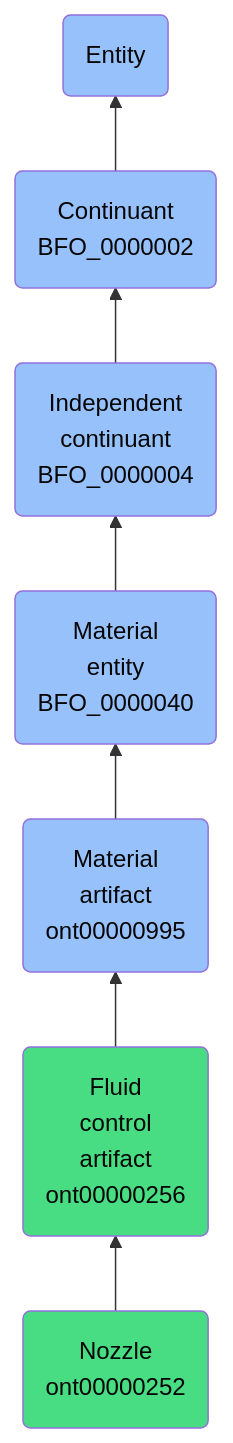
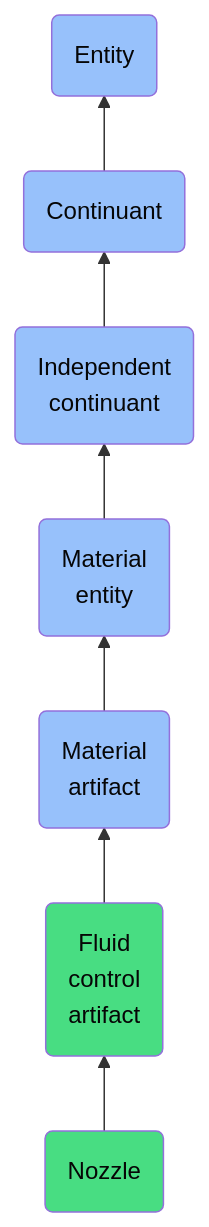
Before and after one commit to jupyter-naas/abi: the diagram in docs/ontology/reference/model/Entity/Continuant/Independent continuant/Material entity/Material artifact/Fluid control artifact/Nozzle/Nozzle.md, drawn with Mermaid. The commit also changed other lines of this file and 1430 other files, not shown here.

````diff
--- a/docs/ontology/reference/model/Entity/Continuant/Independent continuant/Material entity/Material artifact/Fluid control artifact/Nozzle/Nozzle.md
+++ b/docs/ontology/reference/model/Entity/Continuant/Independent continuant/Material entity/Material artifact/Fluid control artifact/Nozzle/Nozzle.md
@@ -24,14 +24,14 @@
 ```mermaid
 graph BT
-    ont00000252(Nozzle<br>ont00000252):::ABI-->ont00000256
-    ont00000256(Fluid<br>control<br>artifact<br>ont00000256):::ABI-->ont00000995
-    ont00000995(Material<br>artifact<br>ont00000995):::BFO-->BFO_0000040
-    BFO_0000040(Material<br>entity<br>BFO_0000040):::BFO-->BFO_0000004
-    BFO_0000004(Independent<br>continuant<br>BFO_0000004):::BFO-->BFO_0000002
-    BFO_0000002(Continuant<br>BFO_0000002):::BFO-->BFO_0000001
+    ont00000252(Nozzle):::ABI-->ont00000256
+    ont00000256(Fluid<br>control<br>artifact):::ABI-->ont00000995
+    ont00000995(Material<br>artifact):::BFO-->BFO_0000040
+    BFO_0000040(Material<br>entity):::BFO-->BFO_0000004
+    BFO_0000004(Independent<br>continuant):::BFO-->BFO_0000002
+    BFO_0000002(Continuant):::BFO-->BFO_0000001
     BFO_0000001(Entity):::BFO
     
     classDef BFO fill:#97c1fb,color:#060606
     classDef CCO fill:#e4c51e,color:#060606
     classDef ABI fill:#48DD82,color:#060606
 ```
````
